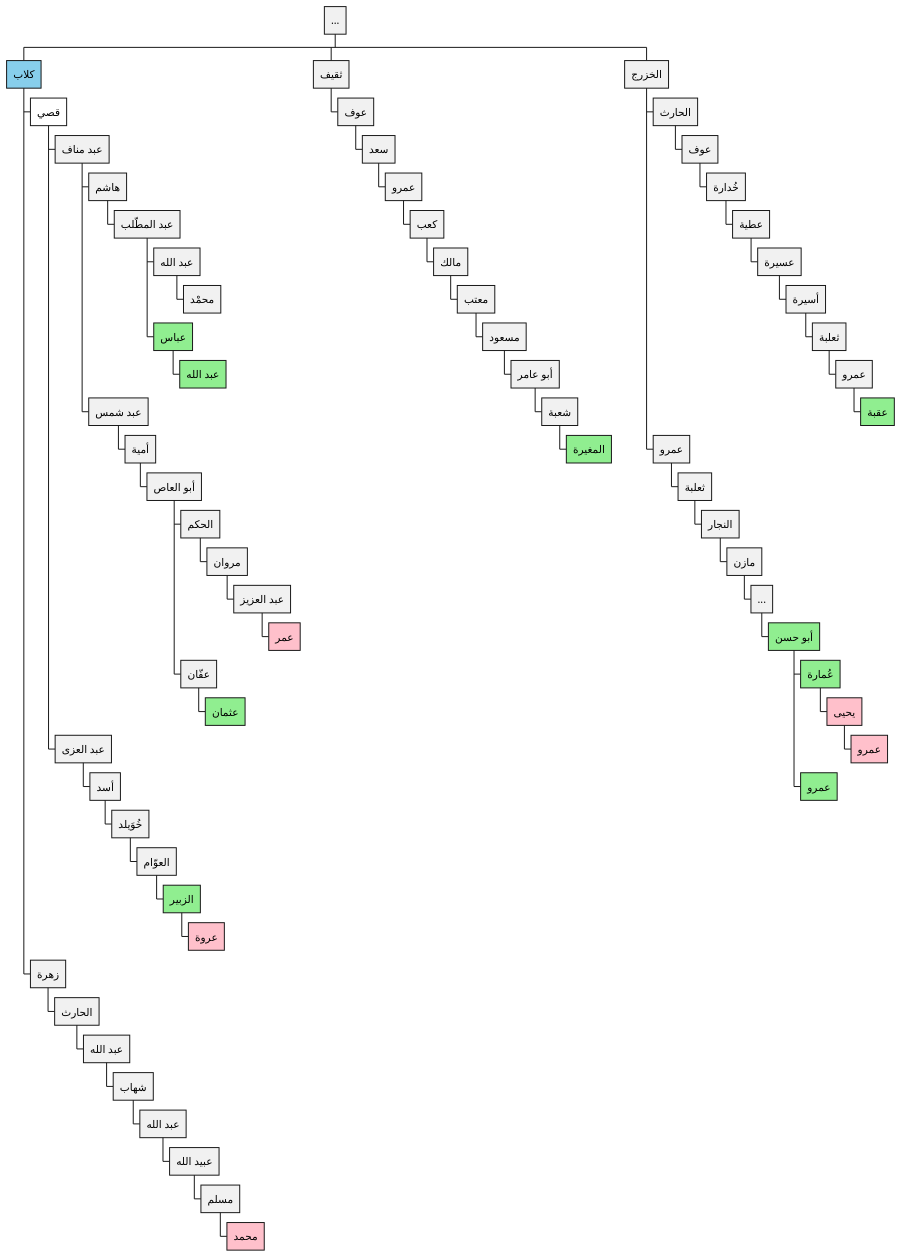
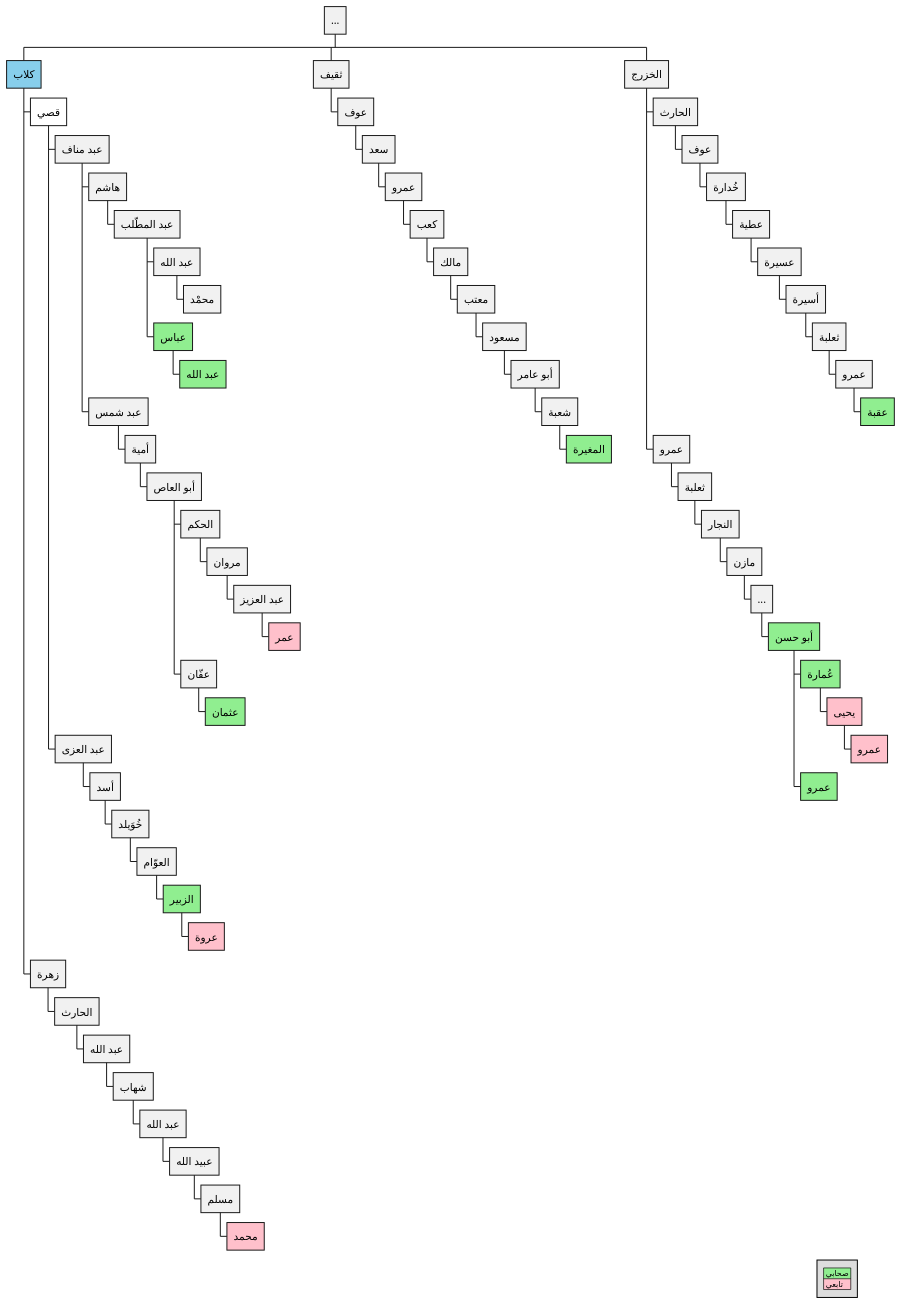
The diagram in تراجم/أنساب.puml (aowss/al-muwatta), drawn with PlantUML before and after one commit. The commit also changed 8 other files, not shown here.

```diff
--- a/تراجم/أنساب.puml
+++ b/تراجم/أنساب.puml
@@ -1,89 +1,94 @@
 @startwbs
 
 skinparam DefaultFontName Helvetica
 skinparam DefaultFontSize 16
 skinparam DefaultTextAlignment right
 
 * ...
 
 **[#SkyBlue] كلاب
 
 ***[#white] قصي
 
 **** عبد مناف
 
 ***** هاشم
 ****** عبد المطّلب
 
 ******* عبد الله
 ******** محمْد
 
 *******[#LightGreen] عباس
 ********[#LightGreen] عبد الله
 
 ***** عبد شمس
 ****** أمية
 ******* أبو العاص
 
 ******** الحكم
 ********* مروان
 ********** عبد العزيز
 ***********[#pink] عمر
 
 ******** عفّان
 *********[#LightGreen] عثمان
 
 **** عبد العزى
 ***** أسد
 ****** خُوَيلد
 ******* العوّام
 ********[#LightGreen] الزبير
 *********[#pink] عروة
 
 *** زهرة
 **** الحارث
 ***** عبد الله
 ****** شهاب
 ******* عبد الله
 ******** عبيد الله
 ********* مسلم
 **********[#pink] محمد
 
 ** ثقيف
 *** عوف
 **** سعد
 ***** عمرو
 ****** كعب
 ******* مالك
 ******** معتب
 ********* مسعود
 ********** أبو عامر
 *********** شعبة
 ************[#LightGreen] المغيرة
 
 ** الخزرج
 
 *** الحارث
 **** عوف
 ***** خُدارة
 ****** عطية
 ******* عسيرة
 ******** أسيرة
 ********* ثعلبة
 ********** عمرو
 ***********[#LightGreen] عقبة
 
 *** عمرو
 **** ثعلبة
 ***** النجار
 ****** مازن
 ******* ...
 ********[#LightGreen] أبو حسن
 
 *********[#LightGreen] عُمارة
 **********[#pink] يحيى
 ***********[#pink] عمرو
 
 *********[#LightGreen] عمرو
 
+legend right
+    |<#LightGreen> صحابي |
+    |<#pink> تابعي |
+endlegend
+
 @endwbs
```
